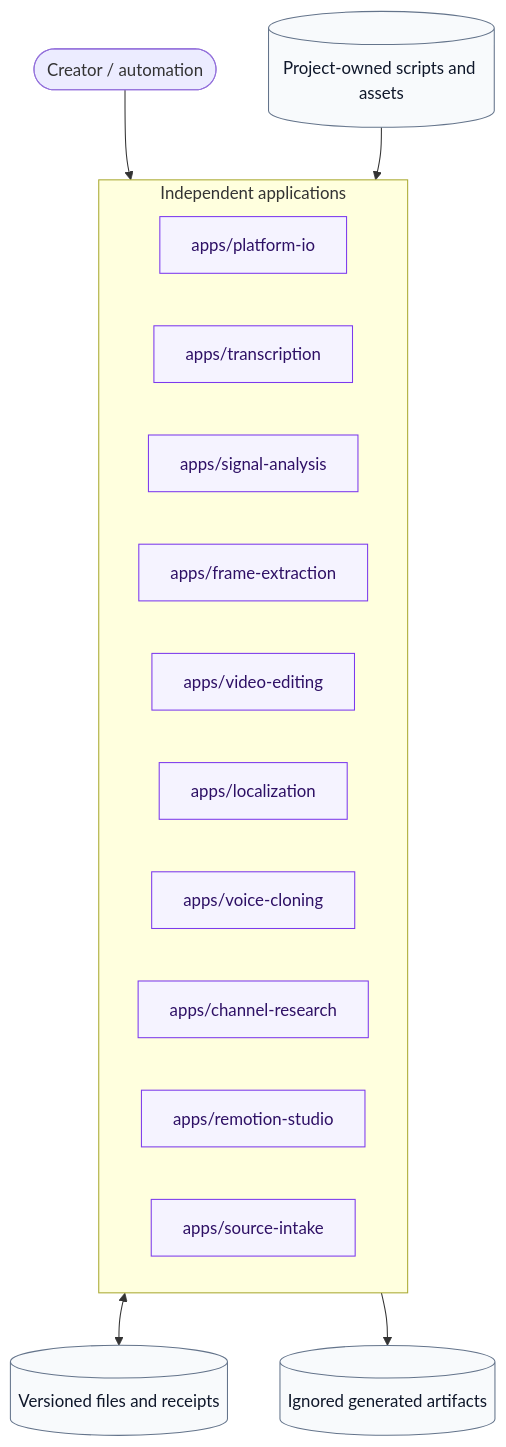
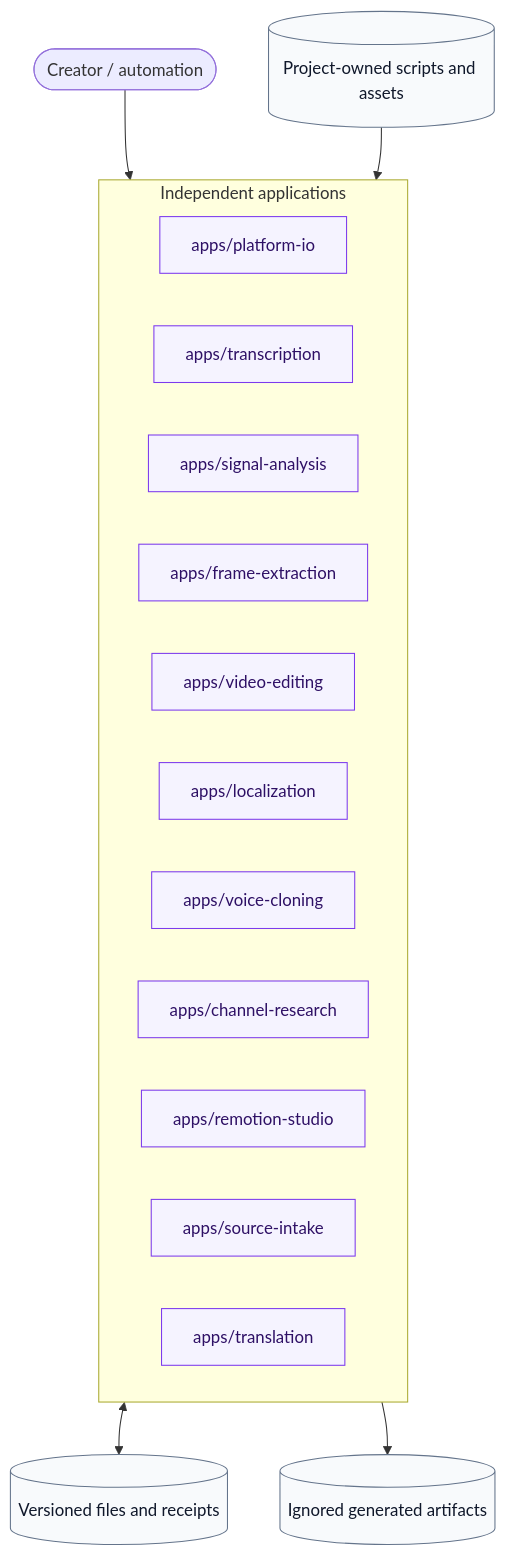
Before and after one commit to wohuishuo/cc-video-pipeline: the second of 2 diagrams in README.md, drawn with Mermaid. The commit also changed other lines of this file and 18 other files, not shown here.

````diff
--- a/README.md
+++ b/README.md
@@ -67,29 +69,30 @@
 ```mermaid
 flowchart TB
     user([Creator / automation])
     subgraph apps[Independent applications]
       A[apps/platform-io]
       B[apps/transcription]
       C[apps/signal-analysis]
       D[apps/frame-extraction]
       E[apps/video-editing]
       F[apps/localization]
       G[apps/voice-cloning]
       H[apps/channel-research]
       I[apps/remotion-studio]
       J[apps/source-intake]
+      K[apps/translation]
     end
     contracts[(Versioned files and receipts)]
     projects[(Project-owned scripts and assets)]
     outputs[(Ignored generated artifacts)]
 
     user --> apps
     apps <--> contracts
     projects --> apps
     apps --> outputs
 
     classDef boundary fill:#f5f3ff,stroke:#7c3aed,color:#2e1065;
     classDef data fill:#f8fafc,stroke:#64748b,color:#0f172a;
-    class A,B,C,D,E,F,G,H,I,J boundary;
+    class A,B,C,D,E,F,G,H,I,J,K boundary;
     class contracts,projects,outputs data;
 ```
````
